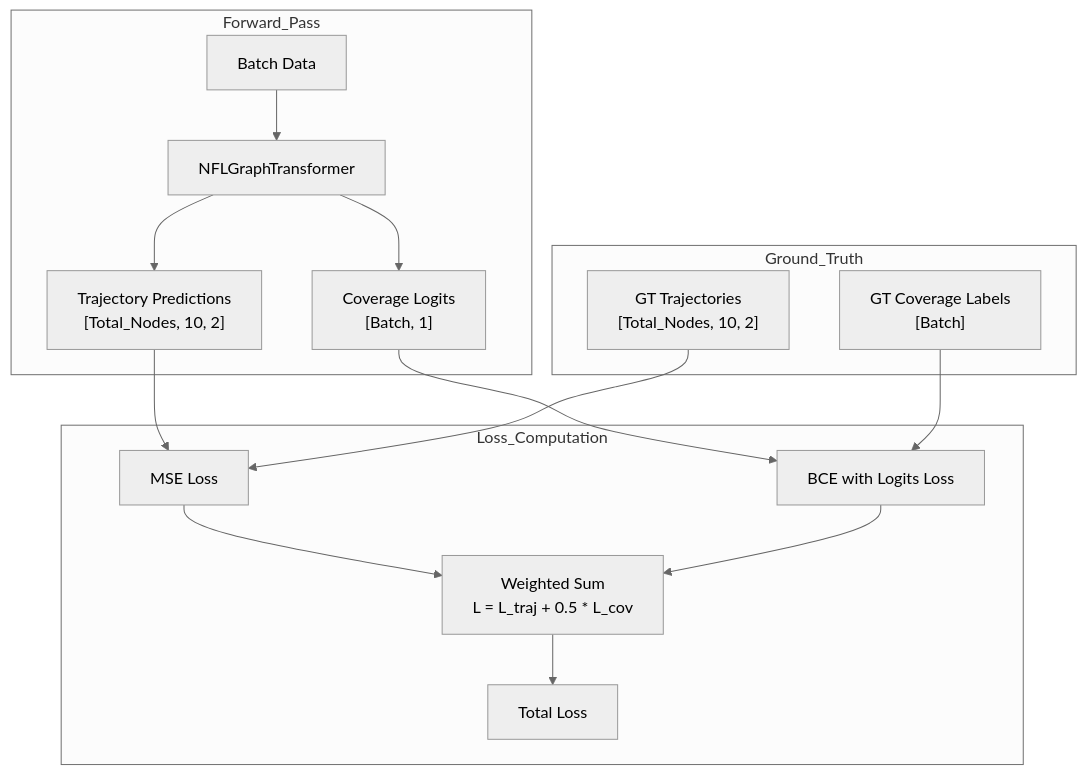
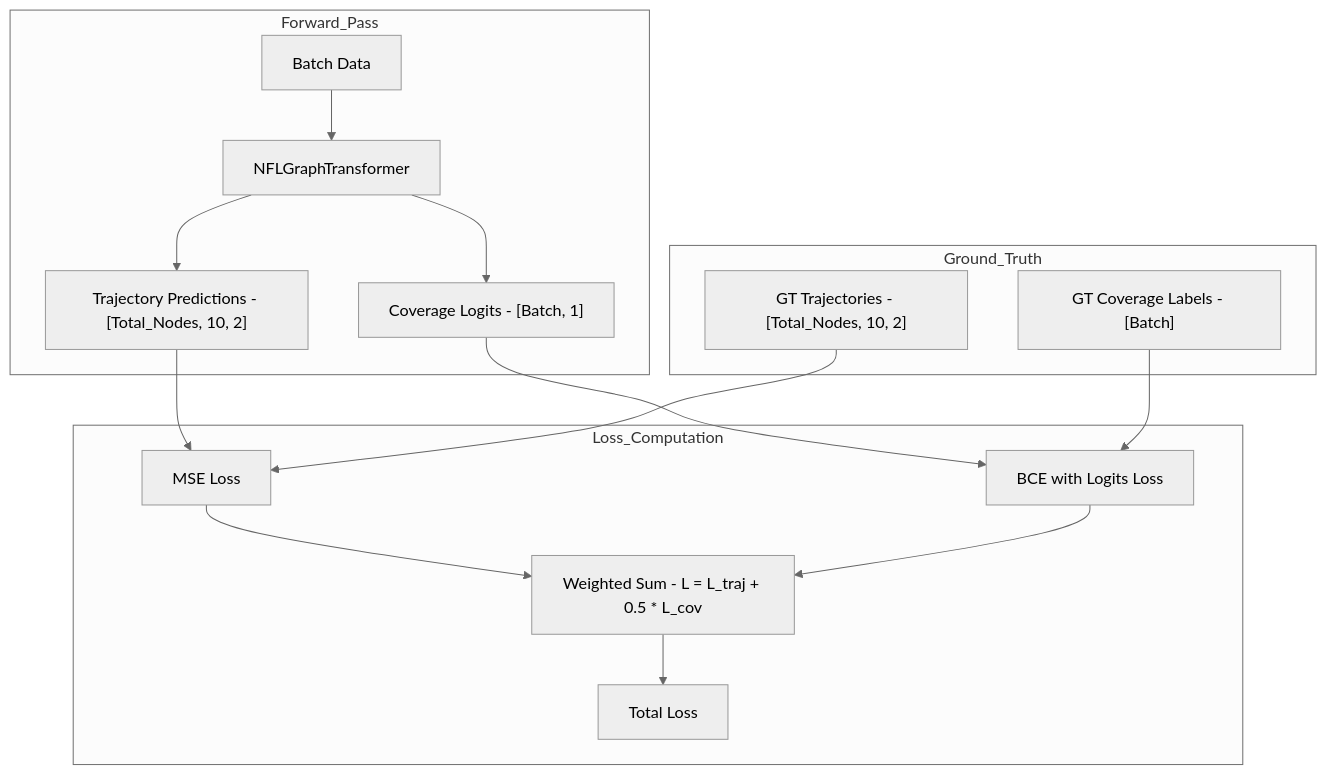
One commit to tanm-sys/NFL changed the fourth of 5 diagrams in docs/architecture.md. Above: the diagram before and after it, drawn with Mermaid (neutral theme). The commit also changed other lines of this file and 1 other file, not shown here.

Commit message:
docs: standardize mermaid graph node label formatting for improved readability.

````diff
--- a/docs/architecture.md
+++ b/docs/architecture.md
@@ -153,25 +153,25 @@
 ```mermaid
 graph TD
     subgraph Forward_Pass
         Input[Batch Data] --> Model[NFLGraphTransformer]
-        Model --> TrajPred["Trajectory Predictions<br/>[Total_Nodes, 10, 2]"]
-        Model --> CovPred["Coverage Logits<br/>[Batch, 1]"]
+        Model --> TrajPred["Trajectory Predictions - [Total_Nodes, 10, 2]"]
+        Model --> CovPred["Coverage Logits - [Batch, 1]"]
     end
     
     subgraph Ground_Truth
-        GTTraj["GT Trajectories<br/>[Total_Nodes, 10, 2]"]
-        GTCov["GT Coverage Labels<br/>[Batch]"]
+        GTTraj["GT Trajectories - [Total_Nodes, 10, 2]"]
+        GTCov["GT Coverage Labels - [Batch]"]
     end
     
     subgraph Loss_Computation
         TrajPred --> MSE["MSE Loss"]
         GTTraj --> MSE
         
         CovPred --> BCE["BCE with Logits Loss"]
         GTCov --> BCE
         
-        MSE --> Weighted["Weighted Sum<br/>L = L_traj + 0.5 * L_cov"]
+        MSE --> Weighted["Weighted Sum - L = L_traj + 0.5 * L_cov"]
         BCE --> Weighted
         Weighted --> TotalLoss["Total Loss"]
     end
 ```
````
